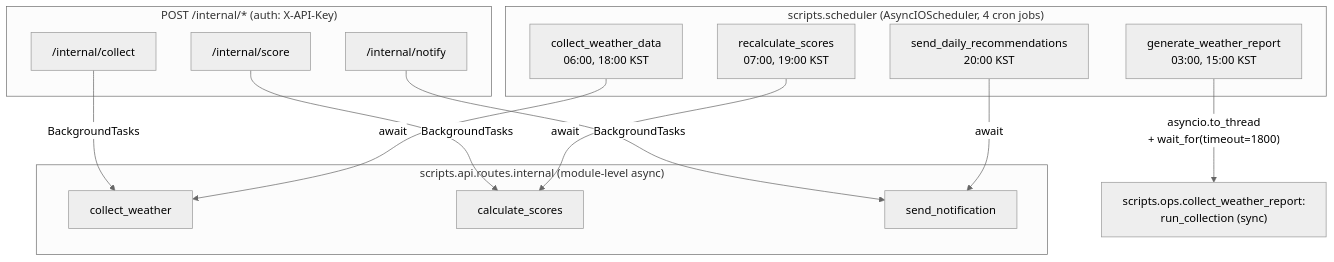
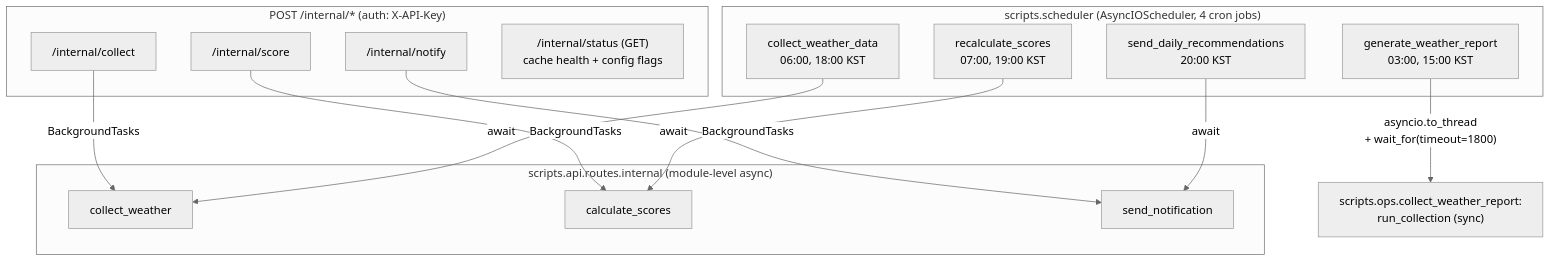
One commit to Donghun1q2w/weather_lens changed the third of 8 diagrams in CLAUDE.md. Above: the diagram before and after it, drawn with Mermaid (neutral theme). The commit also changed other lines of this file, not shown here.

First line of the commit message:
docs: CLAUDE.md 플로우차트 4종 → 8종으로 확장

````diff
--- a/CLAUDE.md
+++ b/CLAUDE.md
@@ -86,28 +111,29 @@
 ```mermaid
 flowchart TB
     subgraph Sched["scripts.scheduler (AsyncIOScheduler, 4 cron jobs)"]
         J1["collect_weather_data<br/>06:00, 18:00 KST"]
         J2["generate_weather_report<br/>03:00, 15:00 KST"]
         J3["recalculate_scores<br/>07:00, 19:00 KST"]
         J4["send_daily_recommendations<br/>20:00 KST"]
     end
 
     subgraph Logic["scripts.api.routes.internal (module-level async)"]
         F1[collect_weather]
         F3[calculate_scores]
         F4[send_notification]
     end
 
     OPS["scripts.ops.collect_weather_report:<br/>run_collection (sync)"]
 
     J1 -- await --> F1
     J3 -- await --> F3
     J4 -- await --> F4
     J2 -- "asyncio.to_thread<br/>+ wait_for(timeout=1800)" --> OPS
 
     subgraph API["POST /internal/* (auth: X-API-Key)"]
-        E1["/internal/collect"] -- BackgroundTasks --> F1
-        E3["/internal/score"]   -- BackgroundTasks --> F3
-        E4["/internal/notify"]  -- BackgroundTasks --> F4
+        E1["/internal/collect"]   -- BackgroundTasks --> F1
+        E3["/internal/score"]     -- BackgroundTasks --> F3
+        E4["/internal/notify"]    -- BackgroundTasks --> F4
+        E5["/internal/status (GET)<br/>cache health + config flags"]
     end
 ```
````
